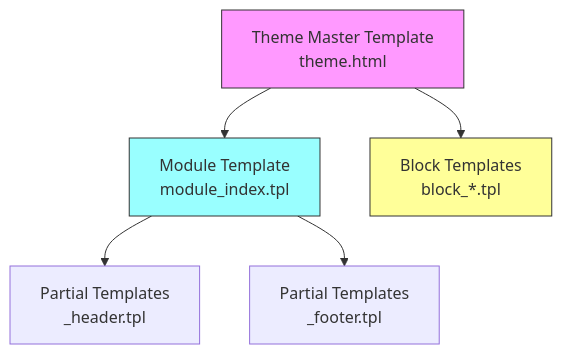
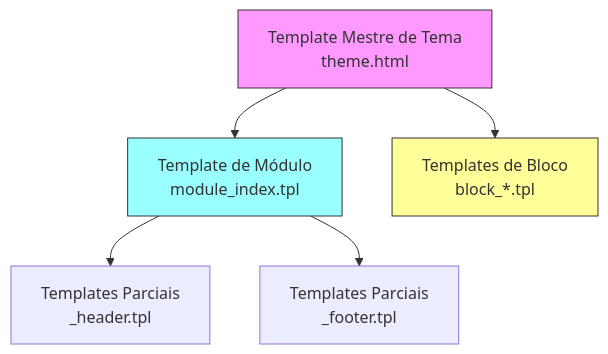
Before and after one commit to mambax7/xoops-docs: the second of 3 diagrams in apps/docs-27/src/content/docs/pt/contributing/adrs/adr-003.md, drawn with Mermaid. The commit also changed other lines of this file and 162 other files, not shown here.

````diff
--- a/apps/docs-27/src/content/docs/pt/contributing/adrs/adr-003.md
+++ b/apps/docs-27/src/content/docs/pt/contributing/adrs/adr-003.md
@@ -116,11 +116,11 @@
 ```mermaid
 graph TB
-    A[Theme Master Template<br>theme.html] --> B[Module Template<br>module_index.tpl]
-    A --> C[Block Templates<br>block_*.tpl]
-    B --> D[Partial Templates<br>_header.tpl]
-    B --> E[Partial Templates<br>_footer.tpl]
+    A[Template Mestre de Tema<br>theme.html] --> B[Template de Módulo<br>module_index.tpl]
+    A --> C[Templates de Bloco<br>block_*.tpl]
+    B --> D[Templates Parciais<br>_header.tpl]
+    B --> E[Templates Parciais<br>_footer.tpl]
 
     style A fill:#f9f,stroke:#333
     style B fill:#9ff,stroke:#333
     style C fill:#ff9,stroke:#333
 ```
````
